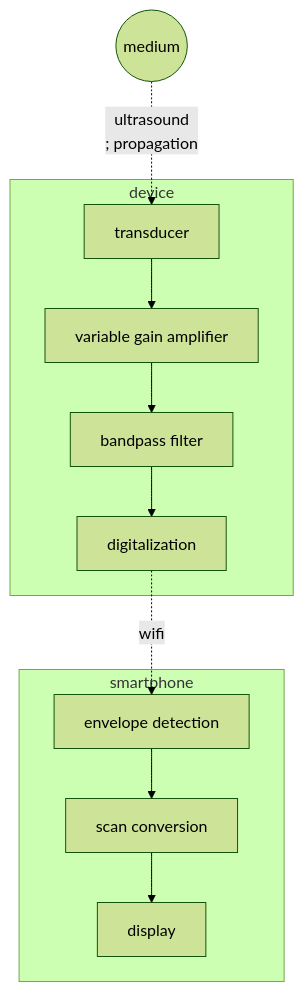
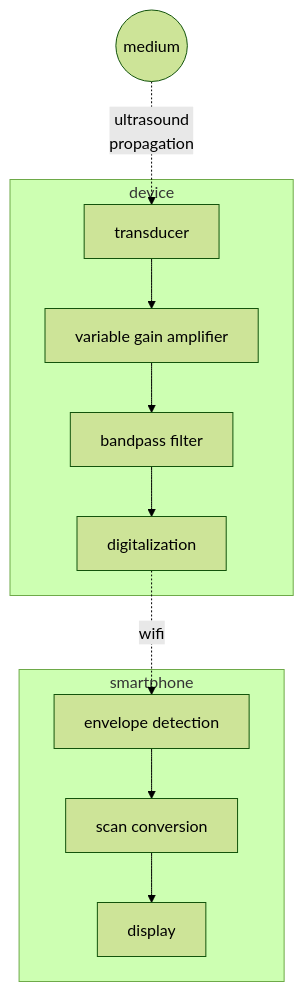
The diagram in stable/doc_pipeline.md (echopen/echopen_prototyping), drawn with Mermaid (forest theme) before and after one commit. The commit also changed 2 other files, not shown here.

Commit message:
debug schemes rendering

````diff
--- a/stable/doc_pipeline.md
+++ b/stable/doc_pipeline.md
@@ -5,28 +5,28 @@
 ```mermaid
 graph TD;
 
 t[transducer]
 m((medium))
 a[variable gain amplifier]
 f[bandpass filter]
 d[digitalization]
 e[envelope detection]
 c[scan conversion]
 l[display]
 
 subgraph device
 t-->a
 a-->f
 f-->d
 end
 
 
 
 subgraph smartphone 
 e-->c
 c-->l
 end
 
 d-.wifi.->e
-m-.ultrasound <br/>; propagation.->t
+m-.ultrasound <br/> propagation.->t
 ```
````
